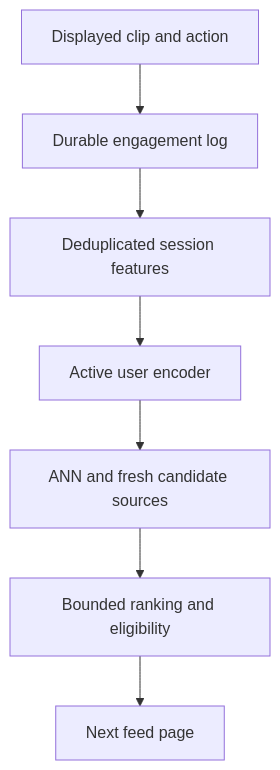
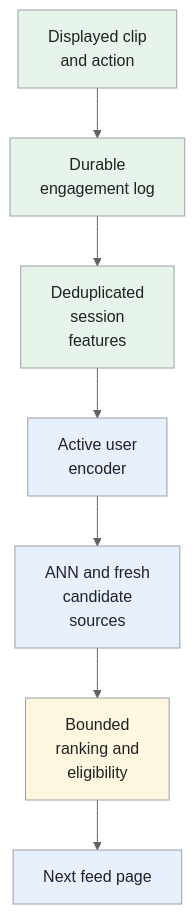
Before and after one commit to iliazlobin/iliazlobin.github.io: the fourth of 7 diagrams in _designs/system-design-tiktok-reels.md, drawn with Mermaid. The commit also changed other lines of this file and 131 other files, not shown here.

````diff
--- a/_designs/system-design-tiktok-reels.md
+++ b/_designs/system-design-tiktok-reels.md
@@ -217,9 +305,17 @@
 ```mermaid
+%%{init: {"theme":"base","themeVariables":{"primaryColor":"#e8f0fe","primaryBorderColor":"#9aa0a6","primaryTextColor":"#202124","secondaryColor":"#e6f4ea","tertiaryColor":"#fef7e0","lineColor":"#5f6368","actorBkg":"#e8f0fe","actorBorder":"#9aa0a6","actorTextColor":"#202124","noteBkgColor":"#fef7e0","noteBorderColor":"#9aa0a6","noteTextColor":"#202124","signalColor":"#5f6368","signalTextColor":"#202124"}}}%%
 flowchart TB
-    A["Displayed clip and action"] --> L["Durable engagement log"]
-    L --> F["Deduplicated session features"]
-    F --> U["Active user encoder"]
-    U --> C["ANN and fresh candidate sources"]
-    C --> R["Bounded ranking and eligibility"]
+    A["Displayed clip<br>and action"] --> L["Durable<br>engagement log"]
+    L --> F["Deduplicated<br>session<br>features"]
+    F --> U["Active user<br>encoder"]
+    U --> C["ANN and fresh<br>candidate<br>sources"]
+    C --> R["Bounded<br>ranking and<br>eligibility"]
     R --> N["Next feed page"]
+classDef request fill:#e8f0fe,stroke:#9aa0a6,color:#202124;
+classDef data fill:#e6f4ea,stroke:#9aa0a6,color:#202124;
+classDef control fill:#fef7e0,stroke:#9aa0a6,color:#202124;
+class U,C,N request;
+class A,L,F data;
+class R control;
+
 ```
````
